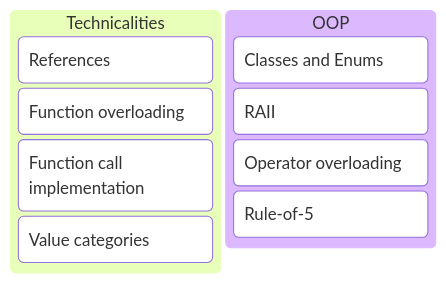
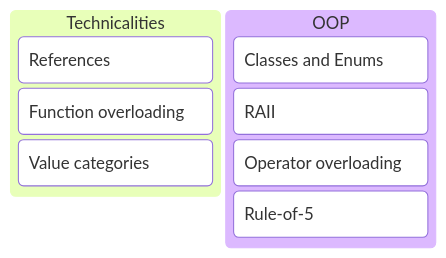
Before and after one commit to GlennVL-AP/cpp-programming-slides: the first of 2 diagrams in slides/session_4/index.md, drawn with Mermaid. The commit also changed other lines of this file, not shown here.

Commit message:
remove section about call stack

````diff
--- a/slides/session_4/index.md
+++ b/slides/session_4/index.md
@@ -4,13 +4,12 @@
 ```mermaid
 kanban
   column1[Technicalities]
     task1[References]
     task2[Function overloading]
-    task3[Function call implementation]
-    task4[Value categories]
+    task3[Value categories]
   column2[OOP]
-    task5[Classes and Enums]
-    task6[RAII]
-    task7[Operator overloading]
-    task8[Rule-of-5]
+    task4[Classes and Enums]
+    task5[RAII]
+    task6[Operator overloading]
+    task7[Rule-of-5]
 ```
````
